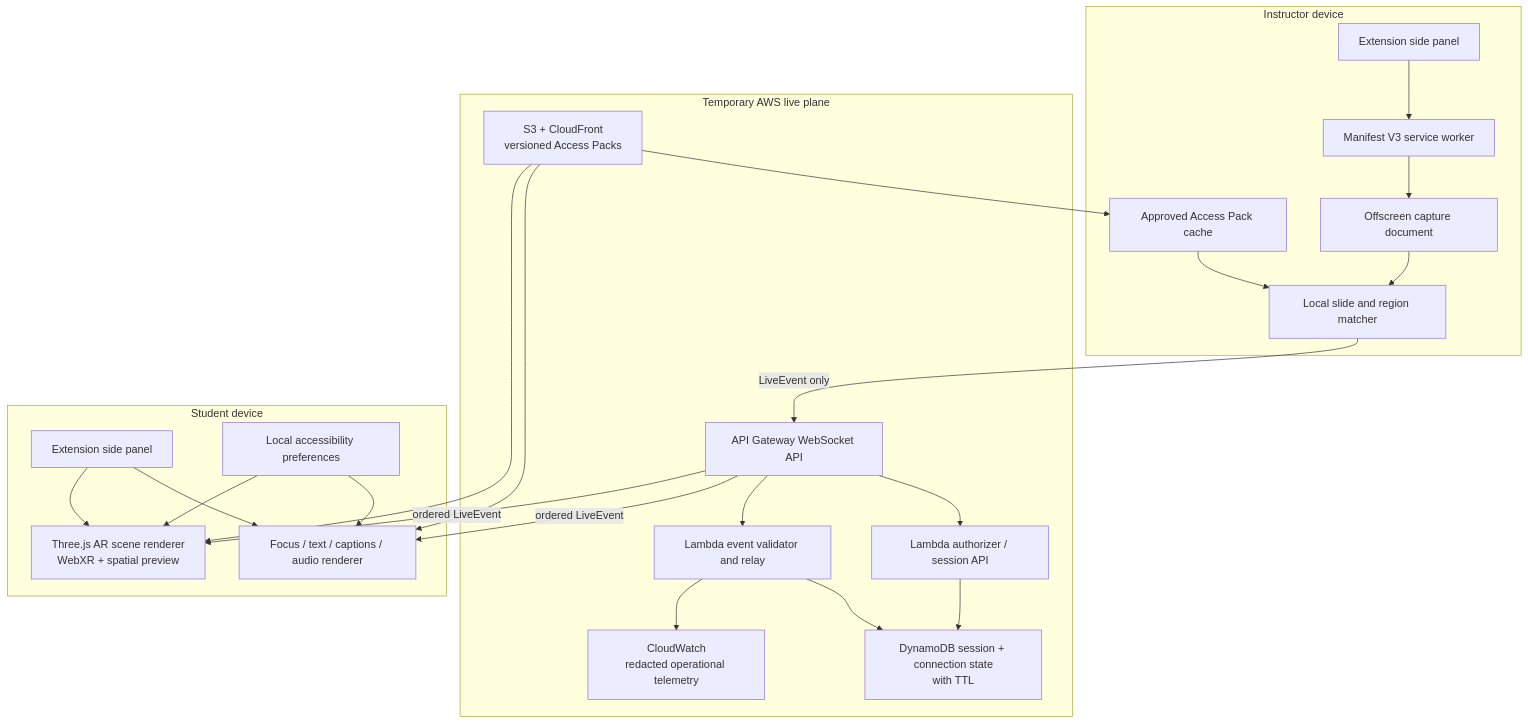
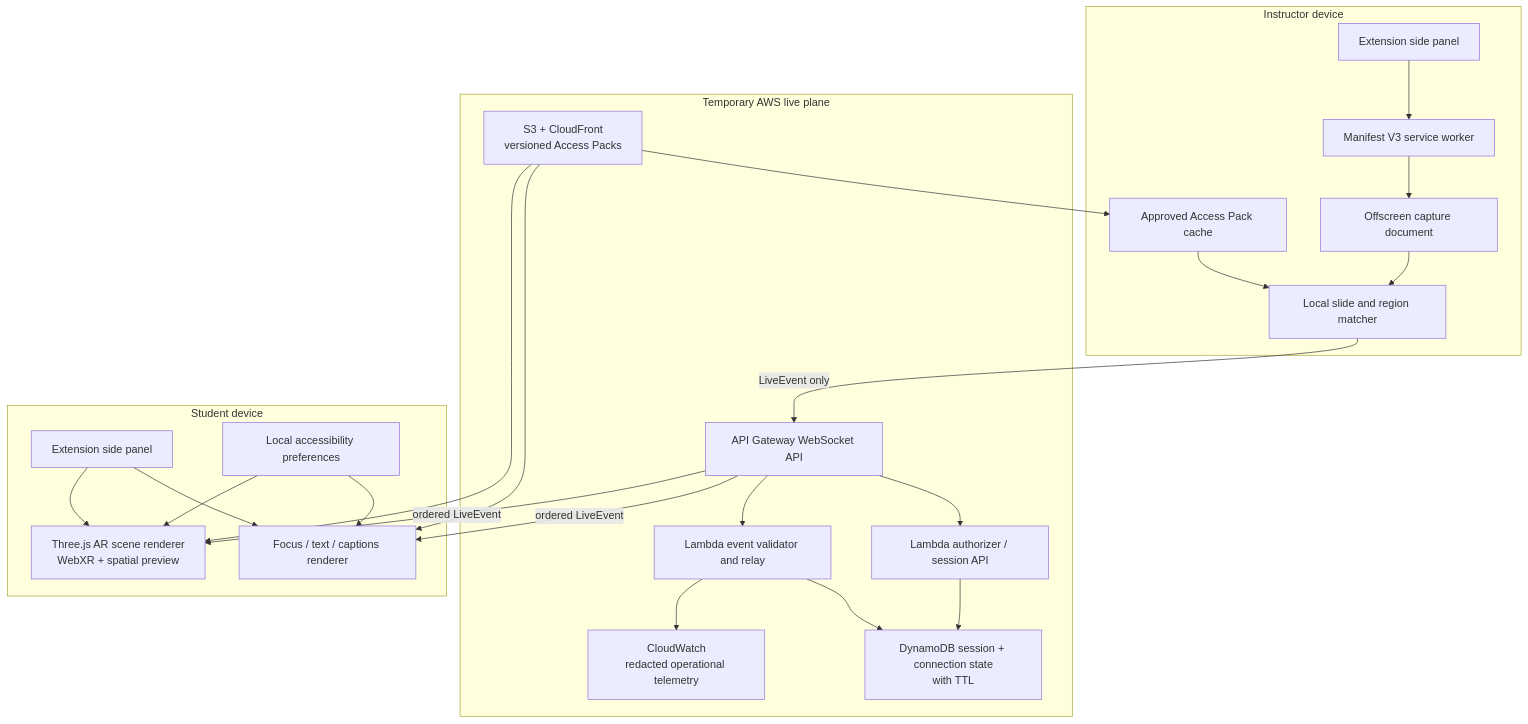
The second of 3 diagrams in docs/SYSTEM_DESIGN.md (anurupkumar18/AccessLens), drawn with Mermaid before and after one commit. The commit also changed other lines of this file and 20 other files, not shown here.

````diff
--- a/docs/SYSTEM_DESIGN.md
+++ b/docs/SYSTEM_DESIGN.md
@@ -38,46 +38,46 @@
 ```mermaid
 flowchart TD
     subgraph InstructorDevice["Instructor device"]
         Panel["Extension side panel"]
         Worker["Manifest V3 service worker"]
         Offscreen["Offscreen capture document"]
         Matcher["Local slide and region matcher"]
         PackCache["Approved Access Pack cache"]
         Panel --> Worker
         Worker --> Offscreen
         Offscreen --> Matcher
         PackCache --> Matcher
     end
 
     subgraph AWS["Temporary AWS live plane"]
         Gateway["API Gateway WebSocket API"]
         Auth["Lambda authorizer / session API"]
         Relay["Lambda event validator and relay"]
         Session["DynamoDB session + connection state<br/>with TTL"]
         Assets["S3 + CloudFront<br/>versioned Access Packs"]
         Logs["CloudWatch<br/>redacted operational telemetry"]
         Gateway --> Auth
         Gateway --> Relay
         Auth --> Session
         Relay --> Session
         Relay --> Logs
     end
 
     subgraph StudentDevice["Student device"]
         StudentPanel["Extension side panel"]
         LocalPrefs["Local accessibility preferences"]
-        Renderer["Focus / text / captions / audio renderer"]
+        Renderer["Focus / text / captions renderer"]
         ARRenderer["Three.js AR scene renderer<br/>WebXR + spatial preview"]
         StudentPanel --> Renderer
         StudentPanel --> ARRenderer
         LocalPrefs --> Renderer
         LocalPrefs --> ARRenderer
     end
 
     Matcher -->|"LiveEvent only"| Gateway
     Gateway -->|"ordered LiveEvent"| Renderer
     Gateway -->|"ordered LiveEvent"| ARRenderer
     Assets --> PackCache
     Assets --> Renderer
     Assets --> ARRenderer
 ```
````
